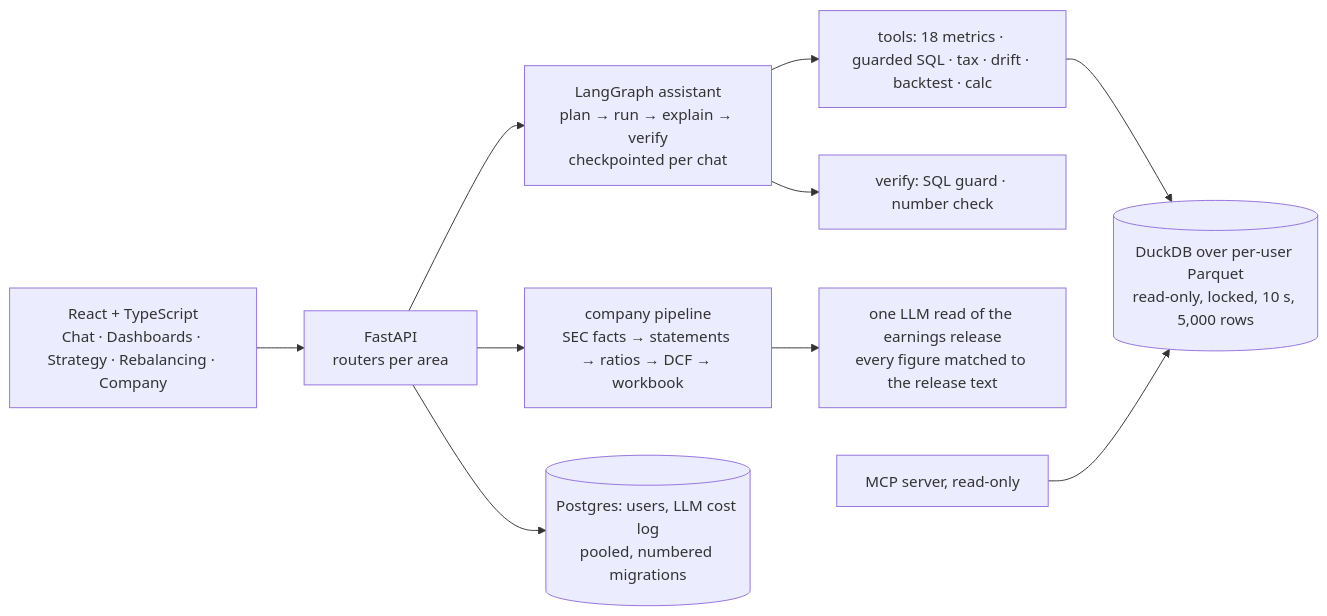
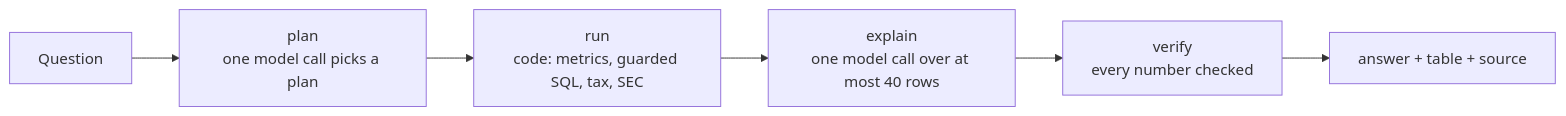
Before and after one commit to AmanDataGuy/WealthOS: the diagram in TECHNICAL_REPORT.md, drawn with Mermaid. The commit also changed other lines of this file, not shown here.

Commit message:
docs(report): full technical report with every eval, test and failure

````diff
--- a/TECHNICAL_REPORT.md
+++ b/TECHNICAL_REPORT.md
@@ -22,12 +52,8 @@
 ```mermaid
 flowchart LR
-    UI[React + TypeScript<br>Chat · Dashboards · Strategy · Rebalancing · Company] --> API[FastAPI<br>routers per area]
-    API --> G[LangGraph assistant<br>plan → run → explain → verify<br>checkpointed per chat]
-    G --> T[tools: 18 metrics · guarded SQL · tax · drift · backtest · calc]
-    T --> E[(DuckDB over per-user Parquet<br>read-only, locked, 10 s, 5,000 rows)]
-    G --> V[verify: SQL guard · number check]
-    API --> C[company pipeline<br>SEC facts → statements → ratios → DCF → workbook]
-    C --> R[one LLM read of the earnings release<br>every figure matched to the release text]
-    API --> PG[(Postgres: users, LLM cost log<br>pooled, numbered migrations)]
-    MCP[MCP server, read-only] --> E
+    Q[Question] --> P[plan<br>one model call picks a plan]
+    P --> R[run<br>code: metrics, guarded SQL, tax, SEC]
+    R --> E[explain<br>one model call over at most 40 rows]
+    E --> V[verify<br>every number checked]
+    V --> A[answer + table + source]
 ```
````
